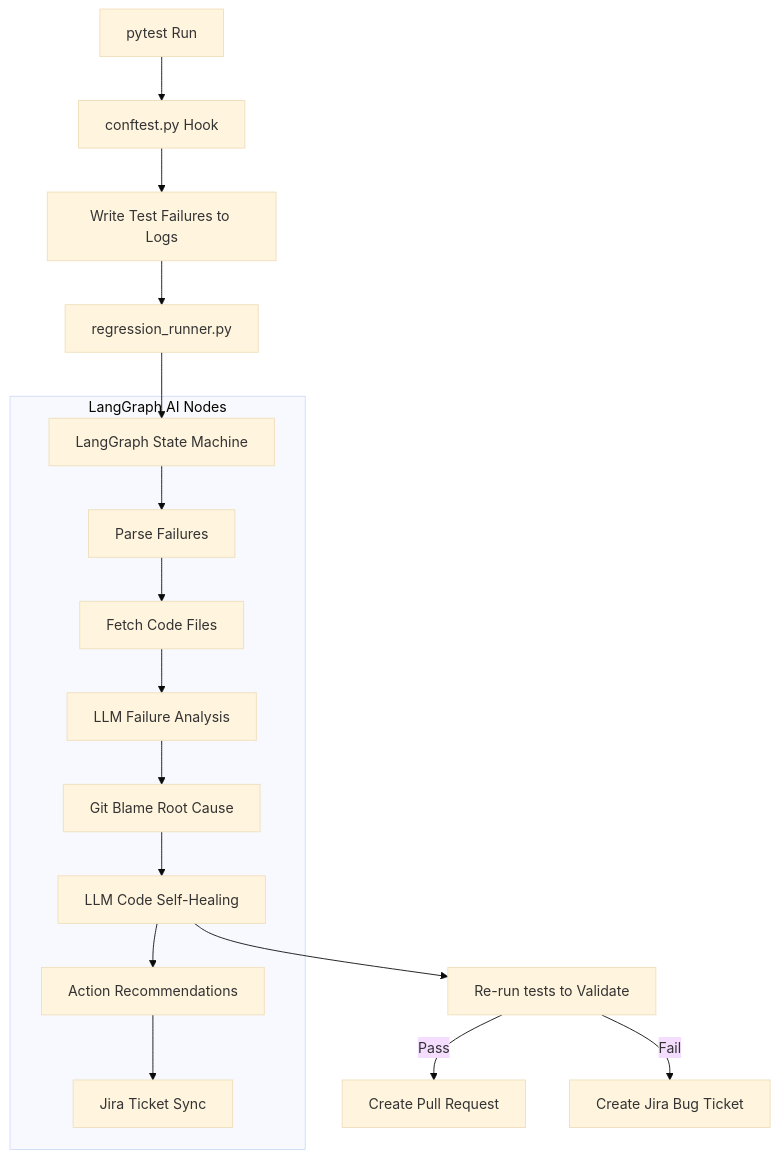
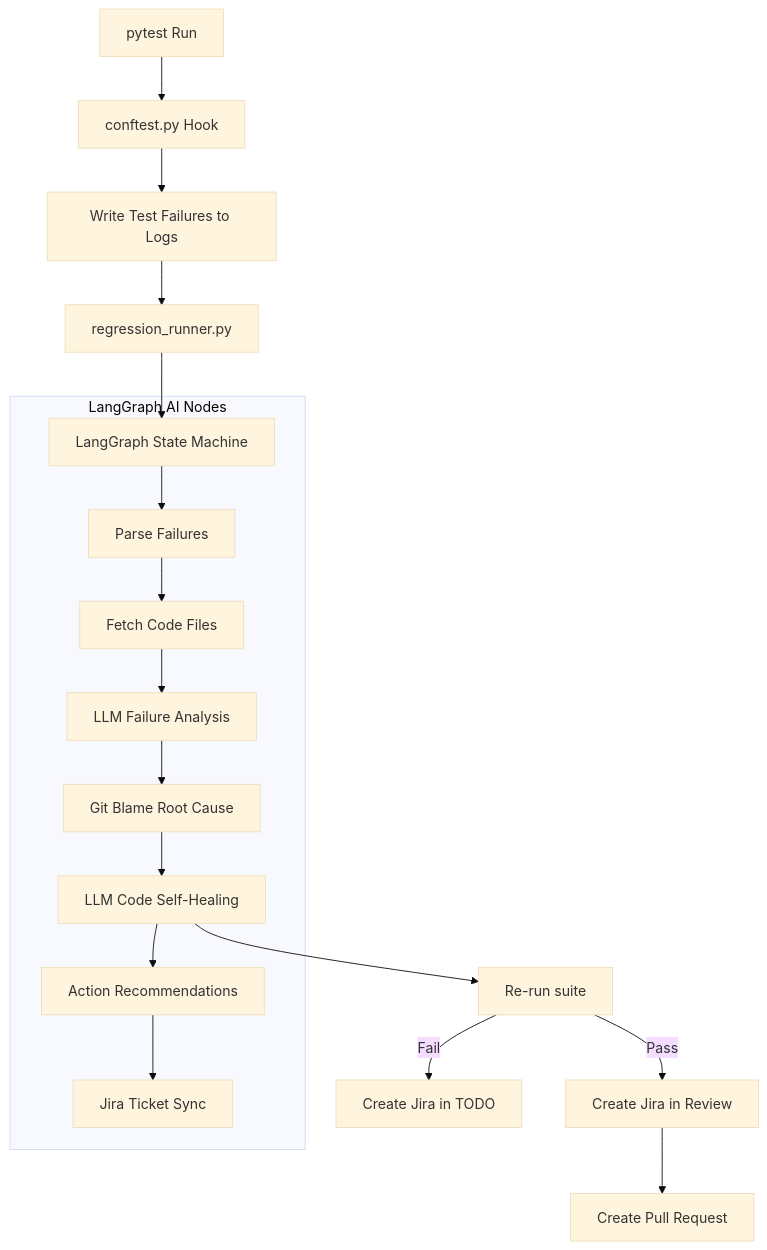
The diagram in docs/agentic_framework_integration_guide.md (mohit-mungra-moschip/agentic_pipeline), drawn with Mermaid (base theme) before and after one commit. The commit also changed 5 other files, not shown here.

````diff
--- a/docs/agentic_framework_integration_guide.md
+++ b/docs/agentic_framework_integration_guide.md
@@ -11,21 +11,21 @@
 ```mermaid
 graph TD
     pytest[pytest Run] --> conftest[conftest.py Hook]
     conftest --> log[Write Test Failures to Logs]
     log --> runner[regression_runner.py]
     runner --> stateGraph[LangGraph State Machine]
     
     subgraph LangGraph AI Nodes
         stateGraph --> N2[Parse Failures]
         N2 --> N3[Fetch Code Files]
         N3 --> N4[LLM Failure Analysis]
         N4 --> N5[Git Blame Root Cause]
         N5 --> N6[LLM Code Self-Healing]
         N6 --> N7[Action Recommendations]
         N7 --> N8[Jira Ticket Sync]
     end
     
-    N6 --> rerun[Re-run tests to Validate]
-    rerun -- Pass --> PR[Create Pull Request]
-    rerun -- Fail --> JiraTODO[Create Jira Bug Ticket]
+    N6 --> rerun[Re-run suite]
+    rerun -- Pass --> JiraReview[Create Jira in Review] --> PR[Create Pull Request]
+    rerun -- Fail --> JiraTODO[Create Jira in TODO]
 ```
````
